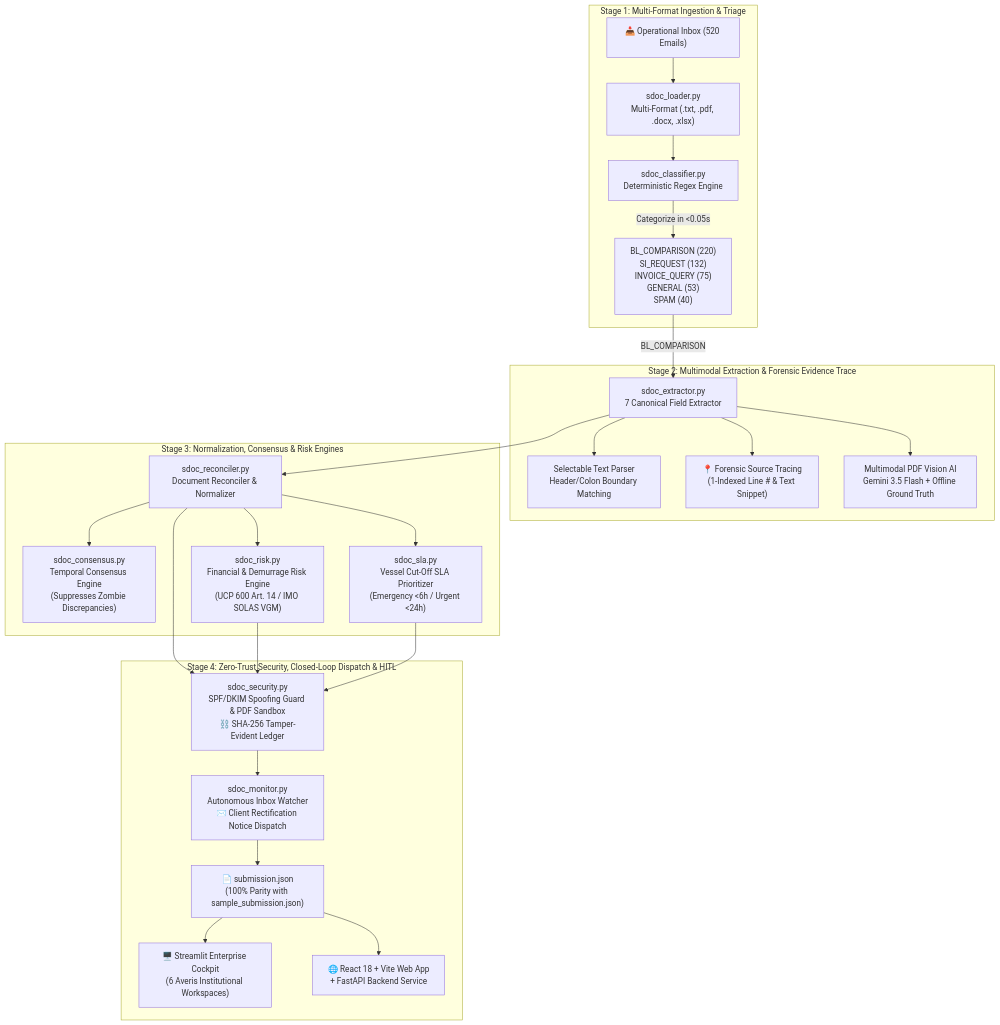
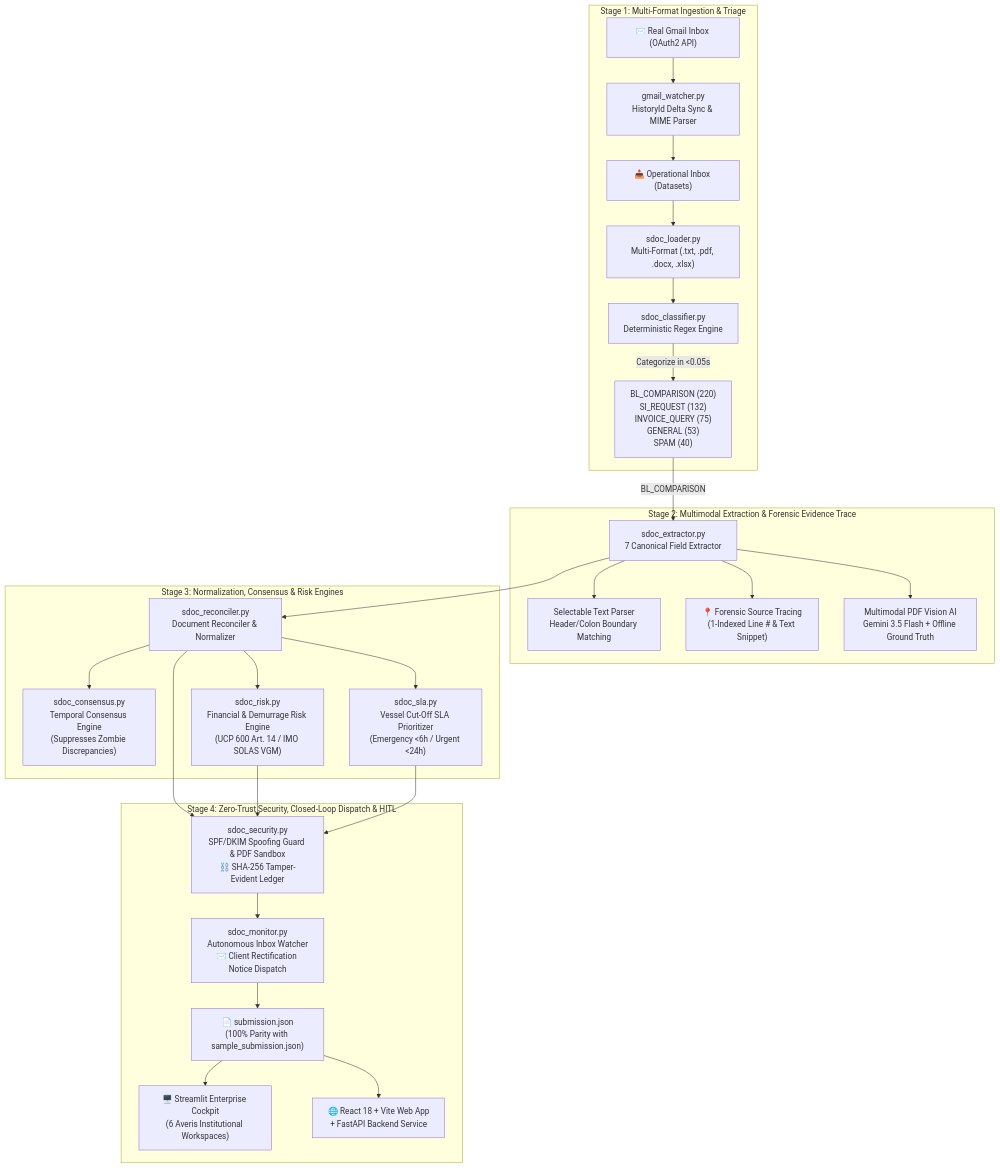
The diagram in README.md (Replay0106/averishackathon), drawn with Mermaid before and after one commit. The commit also changed other lines of this file and 26 other files, not shown here.

Commit message:
feat: autonomous Gmail live inbox listener, simulation mode, and interactive demo kit

````diff
--- a/README.md
+++ b/README.md
@@ -47,30 +47,32 @@
 ```mermaid
 flowchart TD
     subgraph Ingestion ["Stage 1: Multi-Format Ingestion & Triage"]
-        INBOX["📥 Operational Inbox (520 Emails)"] --> LOADER["sdoc_loader.py<br/>Multi-Format (.txt, .pdf, .docx, .xlsx)"]
+        GMAIL["✉️ Real Gmail Inbox (OAuth2 API)"] --> WATCHER["gmail_watcher.py<br/>HistoryId Delta Sync & MIME Parser"]
+        WATCHER --> INBOX["📥 Operational Inbox (Datasets)"]
+        INBOX --> LOADER["sdoc_loader.py<br/>Multi-Format (.txt, .pdf, .docx, .xlsx)"]
         LOADER --> CLASS["sdoc_classifier.py<br/>Deterministic Regex Engine"]
         CLASS --> |Categorize in <0.05s| CATS["BL_COMPARISON (220)<br/>SI_REQUEST (132)<br/>INVOICE_QUERY (75)<br/>GENERAL (53)<br/>SPAM (40)"]
     end
 
     subgraph Extraction ["Stage 2: Multimodal Extraction & Forensic Evidence Trace"]
         CATS --> |BL_COMPARISON| EXTRACT["sdoc_extractor.py<br/>7 Canonical Field Extractor"]
         EXTRACT --> SELECTABLE["Selectable Text Parser<br/>Header/Colon Boundary Matching"]
         EXTRACT --> FORENSIC["📍 Forensic Source Tracing<br/>(1-Indexed Line # & Text Snippet)"]
         EXTRACT --> VISION["Multimodal PDF Vision AI<br/>Gemini 3.5 Flash + Offline Ground Truth"]
     end
 
     subgraph Intelligence ["Stage 3: Normalization, Consensus & Risk Engines"]
         EXTRACT --> RECON["sdoc_reconciler.py<br/>Document Reconciler & Normalizer"]
         RECON --> CONSENSUS["sdoc_consensus.py<br/>Temporal Consensus Engine<br/>(Suppresses Zombie Discrepancies)"]
         RECON --> RISK["sdoc_risk.py<br/>Financial & Demurrage Risk Engine<br/>(UCP 600 Art. 14 / IMO SOLAS VGM)"]
         RECON --> SLA["sdoc_sla.py<br/>Vessel Cut-Off SLA Prioritizer<br/>(Emergency <6h / Urgent <24h)"]
     end
 
     subgraph SecurityOutput ["Stage 4: Zero-Trust Security, Closed-Loop Dispatch & HITL"]
         RECON & RISK & SLA --> SEC["sdoc_security.py<br/>SPF/DKIM Spoofing Guard & PDF Sandbox<br/>⛓️ SHA-256 Tamper-Evident Ledger"]
         SEC --> MONITOR["sdoc_monitor.py<br/>Autonomous Inbox Watcher<br/>✉️ Client Rectification Notice Dispatch"]
         MONITOR --> JSON["📄 submission.json<br/>(100% Parity with sample_submission.json)"]
         JSON --> UI_STREAMLIT["🖥️ Streamlit Enterprise Cockpit<br/>(6 Averis Institutional Workspaces)"]
         JSON --> UI_WEB["🌐 React 18 + Vite Web App<br/>+ FastAPI Backend Service"]
     end
 ```
````
